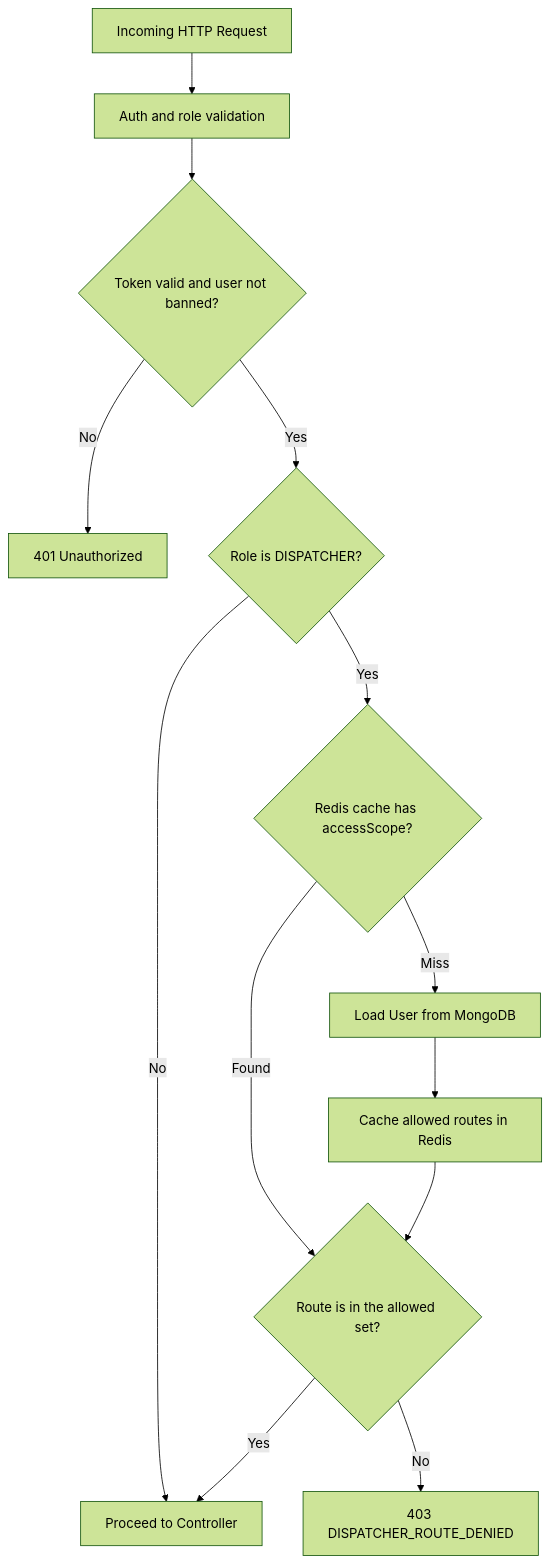
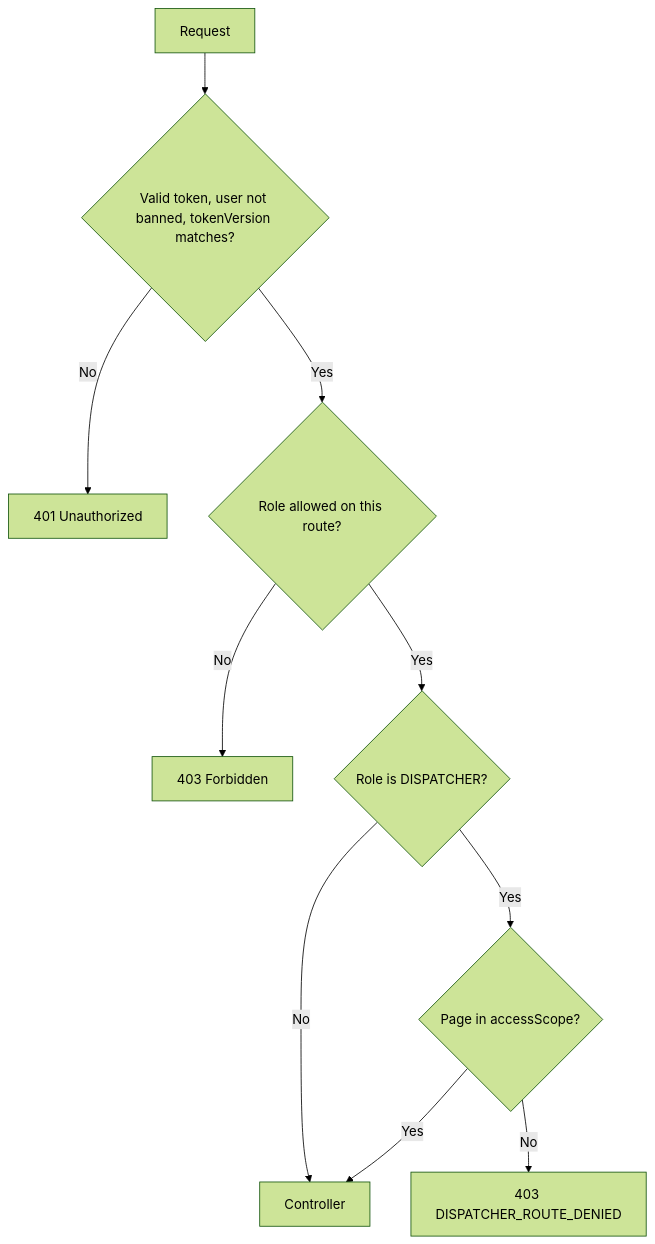
Before and after one commit to iamRazzakk/loggistick_server: the second of 5 diagrams in README.md, drawn with Mermaid (forest theme). The commit also changed other lines of this file and 7 other files, not shown here.

````diff
--- a/README.md
+++ b/README.md
@@ -164,15 +189,12 @@
 ```mermaid
 flowchart TD
-    Req[Incoming HTTP Request] --> AuthMW["Auth and role validation"]
-    AuthMW --> TokenVerify{"Token valid and user not banned?"}
-    TokenVerify -- No --> Err401["401 Unauthorized"]
-    TokenVerify -- Yes --> RoleCheck{"Role is DISPATCHER?"}
-    RoleCheck -- No --> NextRoute[Proceed to Controller]
-    RoleCheck -- Yes --> RedisCheck{"Redis cache has accessScope?"}
-    RedisCheck -- Found --> SetCheck{"Route is in the allowed set?"}
-    RedisCheck -- Miss --> DBLookup[Load User from MongoDB]
-    DBLookup --> SaveRedis[Cache allowed routes in Redis]
-    SaveRedis --> SetCheck
-    SetCheck -- Yes --> NextRoute
-    SetCheck -- No --> Err403["403 DISPATCHER_ROUTE_DENIED"]
+    A["Request"] --> B{"Valid token, user not banned, tokenVersion matches?"}
+    B -- "No" --> E1["401 Unauthorized"]
+    B -- "Yes" --> C{"Role allowed on this route?"}
+    C -- "No" --> E2["403 Forbidden"]
+    C -- "Yes" --> D{"Role is DISPATCHER?"}
+    D -- "No" --> OK["Controller"]
+    D -- "Yes" --> F{"Page in accessScope?"}
+    F -- "Yes" --> OK
+    F -- "No" --> E3["403 DISPATCHER_ROUTE_DENIED"]
 ```
````
